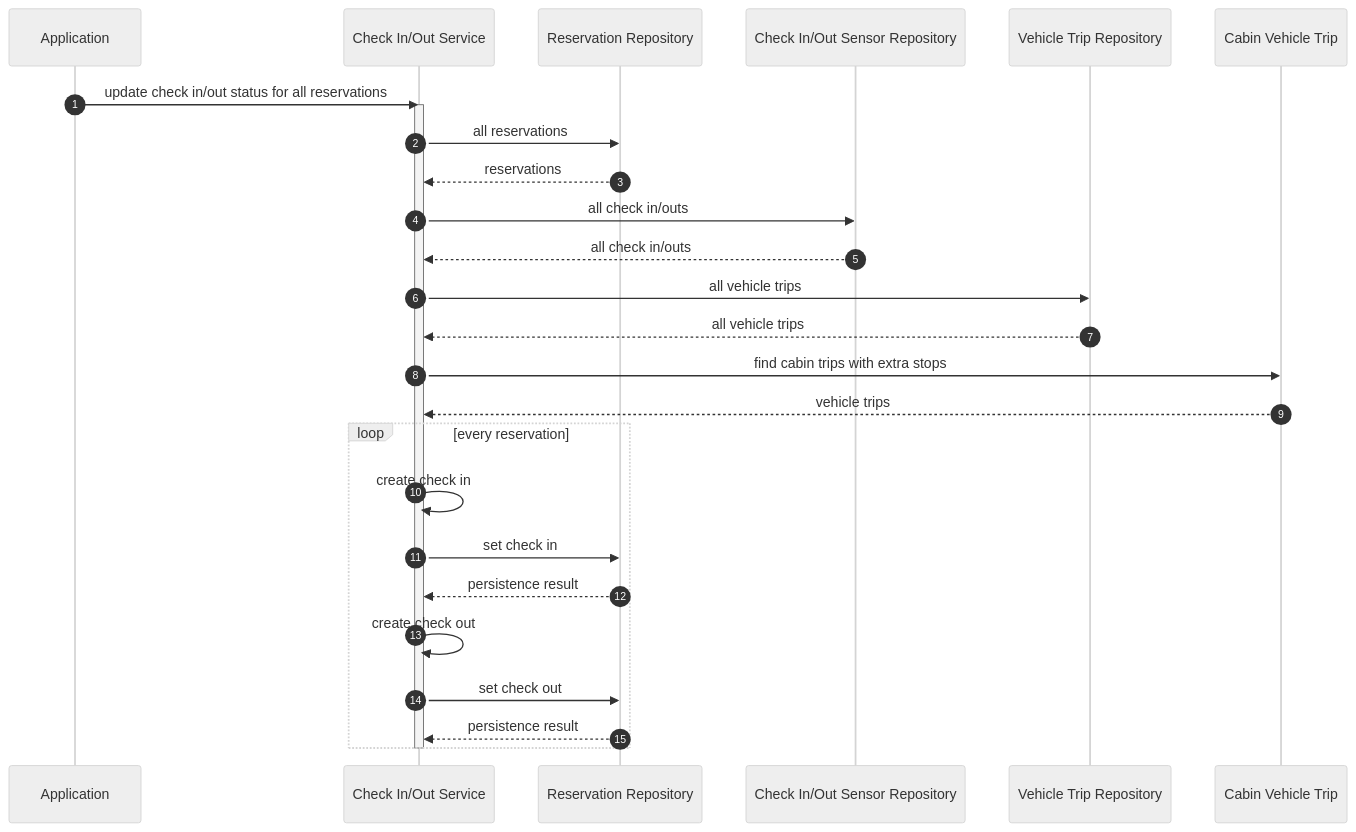
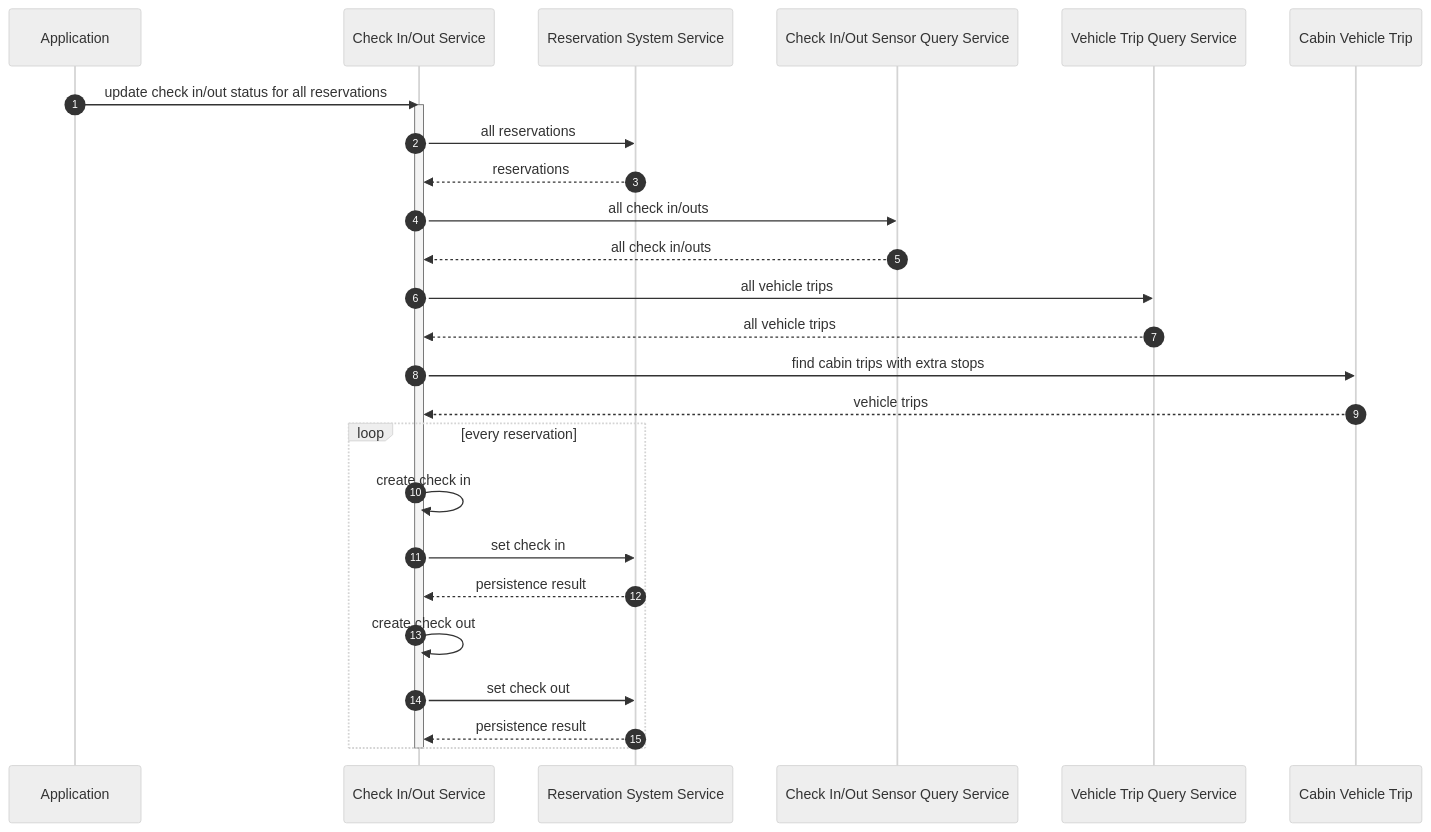
The eighth of 8 diagrams in docs/solution_architecture.md (ismarslomic/cabin-visits-kotlin), drawn with Mermaid (neutral theme) before and after one commit. The commit also changed 2 other files, not shown here.

Commit message:
docs: document where reads for other packages live
Layering and package boundaries in DEVELOPER.md: the order to choose (existing service,
thin query service, second service), the reservation services, and the accepted
exceptions. A pointer in CLAUDE.md, and the check-in/out diagram uses the new services.

````diff
--- a/docs/solution_architecture.md
+++ b/docs/solution_architecture.md
@@ -328,37 +328,37 @@
 ```mermaid
 sequenceDiagram
     autonumber
     participant Application
     participant CheckInOutService as Check In/Out Service
-    participant ReservationRepository as Reservation Repository
-    participant CheckInOutSensorRepository as Check In/Out Sensor Repository
-    participant VehicleTripRepository as Vehicle Trip Repository
+    participant ReservationSystemService as Reservation System Service
+    participant CheckInOutSensorQueryService as Check In/Out Sensor Query Service
+    participant VehicleTripQueryService as Vehicle Trip Query Service
     participant CabinVehicleTrip as Cabin Vehicle Trip
     
     Application->>CheckInOutService: update check in/out status for all reservations
     activate CheckInOutService
     
-    CheckInOutService->>ReservationRepository: all reservations
-    ReservationRepository-->>CheckInOutService: reservations
+    CheckInOutService->>ReservationSystemService: all reservations
+    ReservationSystemService-->>CheckInOutService: reservations
     
-    CheckInOutService->>CheckInOutSensorRepository: all check in/outs
-    CheckInOutSensorRepository-->>CheckInOutService: all check in/outs
+    CheckInOutService->>CheckInOutSensorQueryService: all check in/outs
+    CheckInOutSensorQueryService-->>CheckInOutService: all check in/outs
     
-    CheckInOutService->>VehicleTripRepository: all vehicle trips
-    VehicleTripRepository-->>CheckInOutService: all vehicle trips
+    CheckInOutService->>VehicleTripQueryService: all vehicle trips
+    VehicleTripQueryService-->>CheckInOutService: all vehicle trips
     
     CheckInOutService->>CabinVehicleTrip: find cabin trips with extra stops
     CabinVehicleTrip-->>CheckInOutService: vehicle trips
     
     loop every reservation
         CheckInOutService->>CheckInOutService: create check in
-        CheckInOutService->>ReservationRepository: set check in
-        ReservationRepository-->>CheckInOutService: persistence result
+        CheckInOutService->>ReservationSystemService: set check in
+        ReservationSystemService-->>CheckInOutService: persistence result
         
         CheckInOutService->>CheckInOutService: create check out
-        CheckInOutService->>ReservationRepository: set check out
-        ReservationRepository-->>CheckInOutService: persistence result
+        CheckInOutService->>ReservationSystemService: set check out
+        ReservationSystemService-->>CheckInOutService: persistence result
     end
     
     deactivate CheckInOutService
 ```
````
